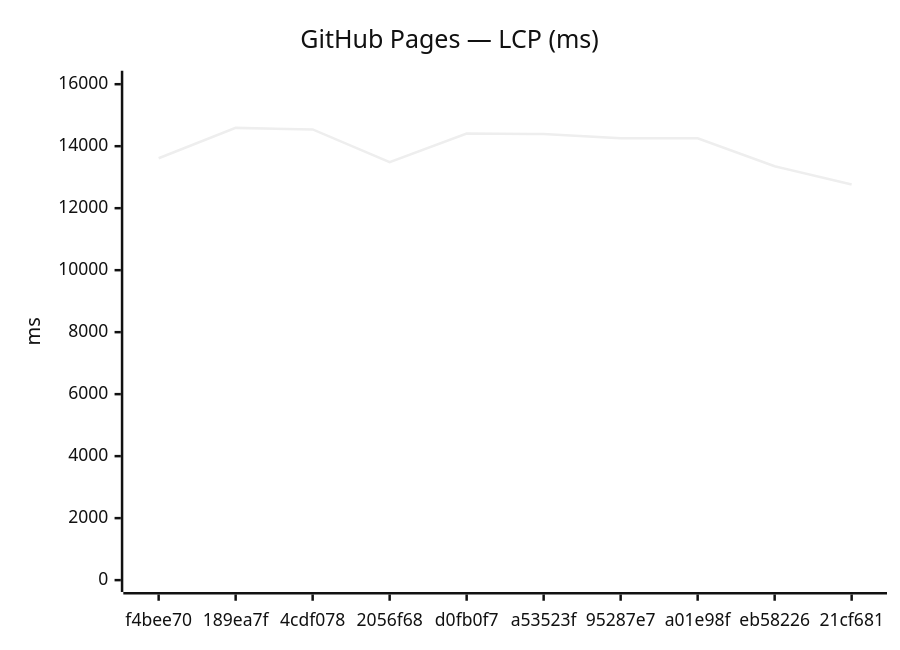
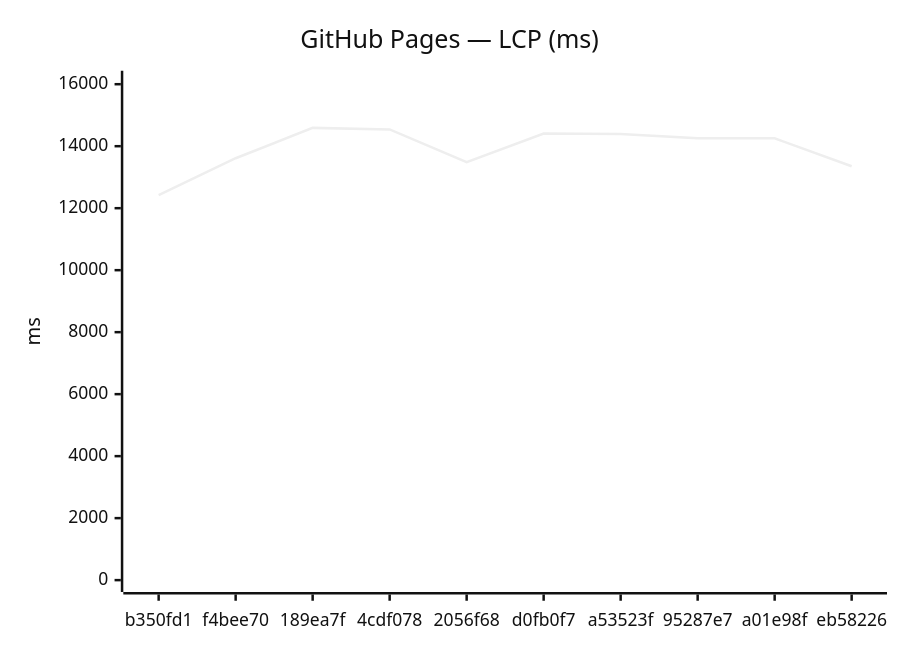
One commit to Metaheurist/Rianell changed the third of 18 diagrams in benchmarks/compare.md. Above: the diagram before and after it, drawn with Mermaid (neutral theme). The commit also changed other lines of this file and 11 other files, not shown here.

````diff
--- a/benchmarks/compare.md
+++ b/benchmarks/compare.md
@@ -54,7 +54,7 @@
 ```mermaid
 xychart-beta
     title "GitHub Pages — LCP (ms)"
-    x-axis ["f4bee70", "189ea7f", "4cdf078", "2056f68", "d0fb0f7", "a53523f", "95287e7", "a01e98f", "eb58226", "21cf681"]
+    x-axis ["b350fd1", "f4bee70", "189ea7f", "4cdf078", "2056f68", "d0fb0f7", "a53523f", "95287e7", "a01e98f", "eb58226"]
     y-axis "ms" 0 --> 16051
-    line [13612, 14591, 14540, 13488, 14410, 14392, 14255, 14254, 13354, 12763]
+    line [12421, 13612, 14591, 14540, 13488, 14410, 14392, 14255, 14254, 13354]
 ```
````
